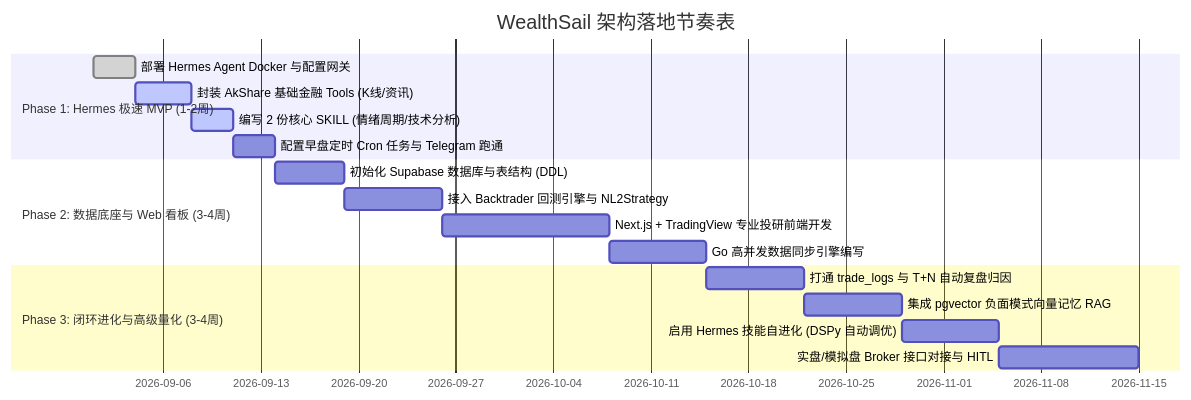
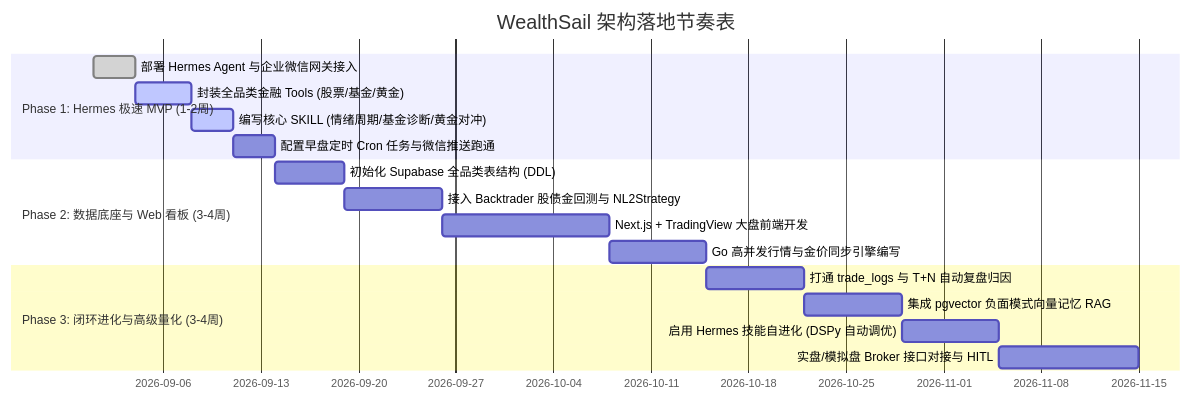
Before and after one commit to sinojelly/wealthsail: the second of 2 diagrams in docs/02.WealthSail投研平台全栈技术选型与架构评估.md, drawn with Mermaid. The commit also changed other lines of this file and 2 other files, not shown here.

````diff
--- a/docs/02.WealthSail投研平台全栈技术选型与架构评估.md
+++ b/docs/02.WealthSail投研平台全栈技术选型与架构评估.md
@@ -150,22 +150,22 @@
 ```mermaid
 gantt
     title WealthSail 架构落地节奏表
     dateFormat  YYYY-MM-DD
     section Phase 1: Hermes 极速 MVP (1-2周)
-    部署 Hermes Agent Docker 与配置网关      :done, 2026-09-01, 3d
-    封装 AkShare 基础金融 Tools (K线/资讯) :active, 2026-09-04, 4d
-    编写 2 份核心 SKILL (情绪周期/技术分析)   :active, 2026-09-08, 3d
-    配置早盘定时 Cron 任务与 Telegram 跑通 :2026-09-11, 3d
+    部署 Hermes Agent 与企业微信网关接入      :done, 2026-09-01, 3d
+    封装全品类金融 Tools (股票/基金/黄金)     :active, 2026-09-04, 4d
+    编写核心 SKILL (情绪周期/基金诊断/黄金对冲) :active, 2026-09-08, 3d
+    配置早盘定时 Cron 任务与微信推送跑通     :2026-09-11, 3d
 
     section Phase 2: 数据底座与 Web 看板 (3-4周)
-    初始化 Supabase 数据库与表结构 (DDL)    :2026-09-14, 5d
-    接入 Backtrader 回测引擎与 NL2Strategy :2026-09-19, 7d
-    Next.js + TradingView 专业投研前端开发  :2026-09-26, 12d
-    Go 高并发数据同步引擎编写              :2026-10-08, 7d
+    初始化 Supabase 全品类表结构 (DDL)       :2026-09-14, 5d
+    接入 Backtrader 股债金回测与 NL2Strategy :2026-09-19, 7d
+    Next.js + TradingView 大盘前端开发      :2026-09-26, 12d
+    Go 高并发行情与金价同步引擎编写          :2026-10-08, 7d
 
     section Phase 3: 闭环进化与高级量化 (3-4周)
     打通 trade_logs 与 T+N 自动复盘归因    :2026-10-15, 7d
     集成 pgvector 负面模式向量记忆 RAG      :2026-10-22, 7d
     启用 Hermes 技能自进化 (DSPy 自动调优) :2026-10-29, 7d
     实盘/模拟盘 Broker 接口对接与 HITL     :2026-11-05, 10d
 ```
````
